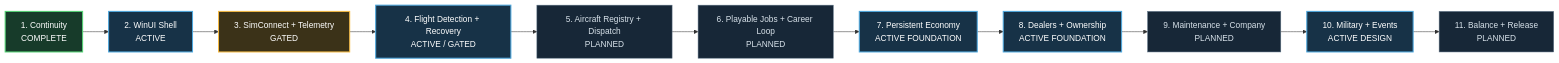
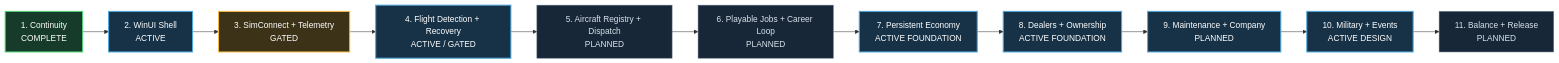
The first of 2 diagrams in docs/development-master-checklist.md (dhavalpddn-eng/OpenCareer), drawn with Mermaid before and after one commit. The commit also changed other lines of this file and 3 other files, not shown here.

````diff
--- a/docs/development-master-checklist.md
+++ b/docs/development-master-checklist.md
@@ -28,23 +28,23 @@
 ```mermaid
 flowchart LR
     C1["1. Continuity<br/>COMPLETE"] --> C2["2. WinUI Shell<br/>ACTIVE"]
     C2 --> C3["3. SimConnect + Telemetry<br/>GATED"]
     C3 --> C4["4. Flight Detection + Recovery<br/>ACTIVE / GATED"]
     C4 --> C5["5. Aircraft Registry + Dispatch<br/>PLANNED"]
     C5 --> C6["6. Playable Jobs + Career Loop<br/>PLANNED"]
     C6 --> C7["7. Persistent Economy<br/>ACTIVE FOUNDATION"]
     C7 --> C8["8. Dealers + Ownership<br/>ACTIVE FOUNDATION"]
     C8 --> C9["9. Maintenance + Company<br/>PLANNED"]
     C9 --> C10["10. Military + Events<br/>ACTIVE DESIGN"]
     C10 --> C11["11. Balance + Release<br/>PLANNED"]
 
     classDef complete fill:#173b2a,stroke:#52D273,color:#ffffff,stroke-width:2px;
     classDef active fill:#173247,stroke:#4EA8DE,color:#ffffff,stroke-width:2px;
     classDef gated fill:#3b3218,stroke:#F4B942,color:#ffffff,stroke-width:2px;
     classDef planned fill:#172737,stroke:#5d7285,color:#d8e2ea,stroke-width:1px;
 
     class C1 complete;
-    class C2,C4,C7,C8,C10 active;
+    class C2,C4,C7,C8,C9,C10 active;
     class C3 gated;
-    class C5,C6,C9,C11 planned;
+    class C5,C6,C11 planned;
 ```
````
